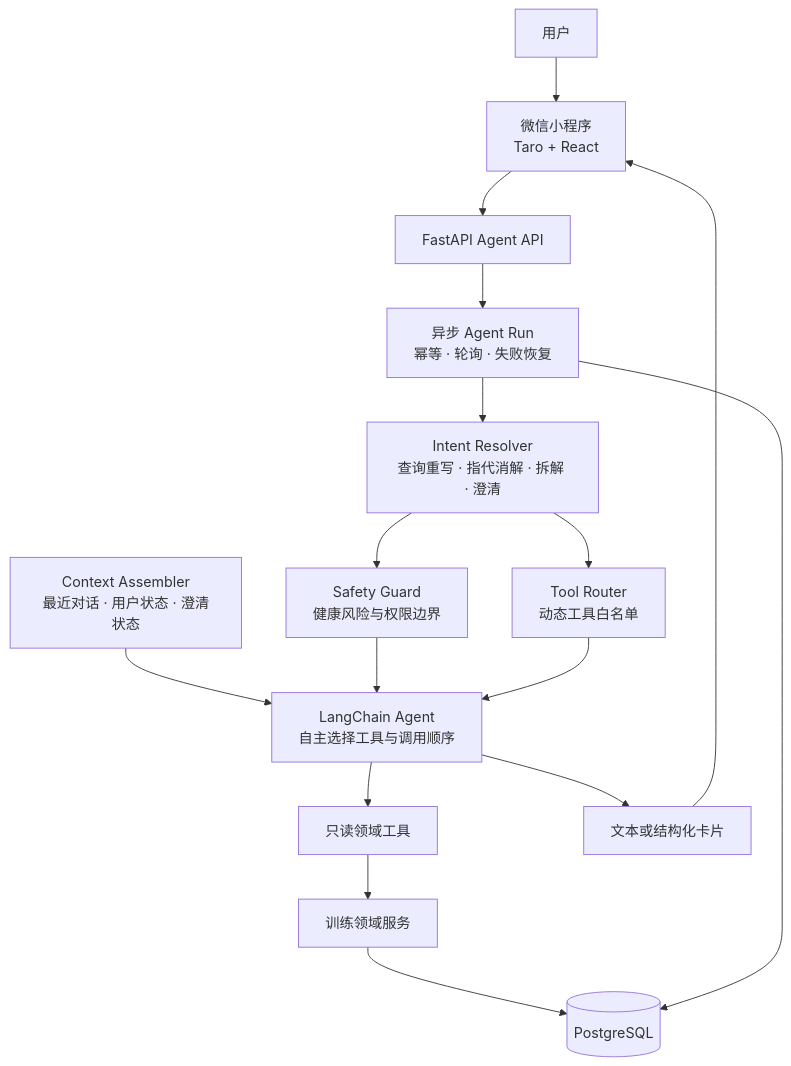
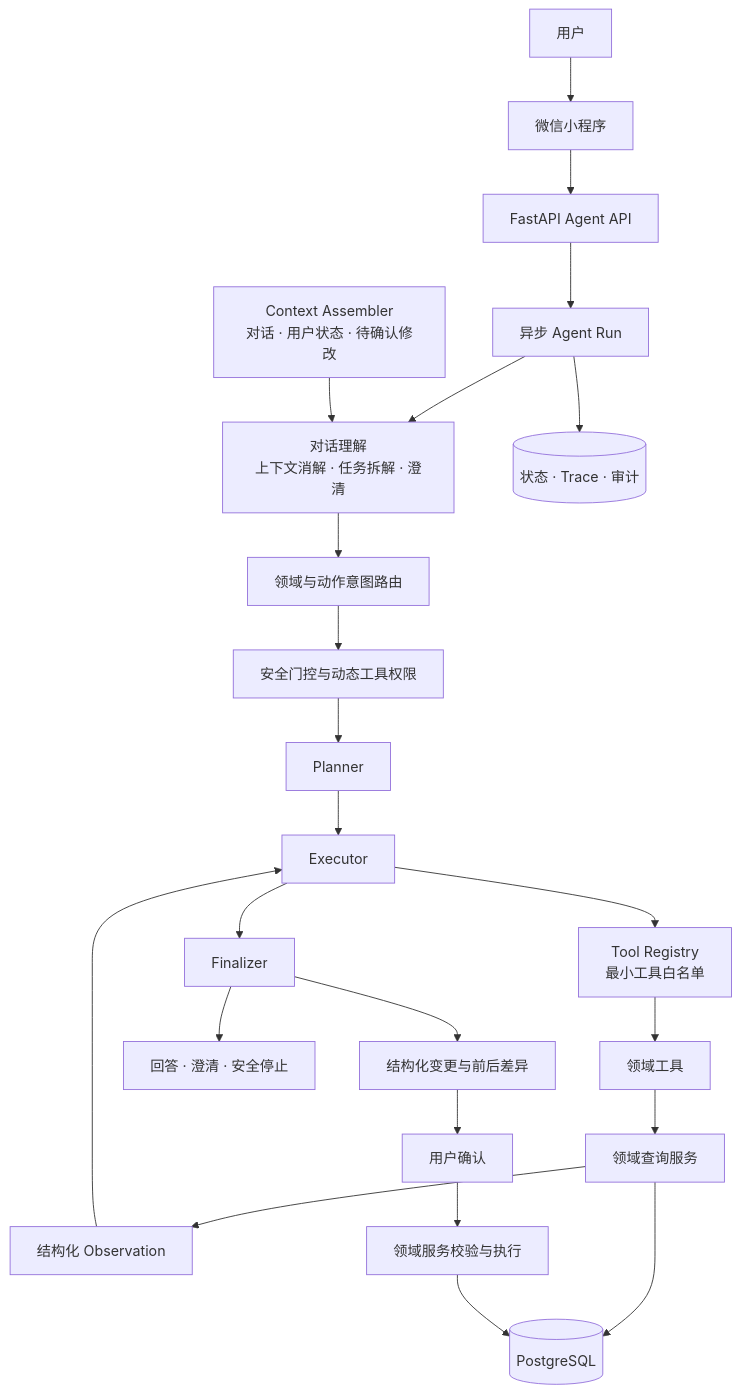
The diagram in README.md (ZeHleven/Fitness-Agent), drawn with Mermaid before and after one commit. The commit also changed other lines of this file, not shown here.

Commit message:
docs: refresh product and agent overview

````diff
--- a/README.md
+++ b/README.md
@@ -50,22 +114,29 @@
 ```mermaid
 flowchart TB
-    U[用户] --> MP[微信小程序<br/>Taro + React]
+    U[用户] --> MP[微信小程序]
     MP --> API[FastAPI Agent API]
-    API --> RUN[异步 Agent Run<br/>幂等 · 轮询 · 失败恢复]
+    API --> RUN[异步 Agent Run]
 
-    RUN --> IR[Intent Resolver<br/>查询重写 · 指代消解 · 拆解 · 澄清]
-    IR --> SAFE[Safety Guard<br/>健康风险与权限边界]
-    IR --> ROUTER[Tool Router<br/>动态工具白名单]
+    RUN --> UNDERSTAND[对话理解<br/>上下文消解 · 任务拆解 · 澄清]
+    CTX[Context Assembler<br/>对话 · 用户状态 · 待确认修改] --> UNDERSTAND
+    UNDERSTAND --> INTENT[领域与动作意图路由]
+    INTENT --> GUARD[安全门控与动态工具权限]
 
-    CTX[Context Assembler<br/>最近对话 · 用户状态 · 澄清状态] --> AGENT
-    SAFE --> AGENT[LangChain Agent<br/>自主选择工具与调用顺序]
-    ROUTER --> AGENT
+    GUARD --> PLANNER[Planner]
+    PLANNER --> EXECUTOR[Executor]
+    EXECUTOR --> REGISTRY[Tool Registry<br/>最小工具白名单]
+    REGISTRY --> TOOLS[领域工具]
+    TOOLS --> READ[领域查询服务]
+    READ --> DB[(PostgreSQL)]
+    READ --> OBS[结构化 Observation]
+    OBS --> EXECUTOR
 
-    AGENT --> TOOLS[只读领域工具]
-    TOOLS --> DOMAIN[训练领域服务]
-    DOMAIN --> DB[(PostgreSQL)]
-    RUN --> DB
+    EXECUTOR --> FINALIZER[Finalizer]
+    FINALIZER --> ANSWER[回答 · 澄清 · 安全停止]
+    FINALIZER --> CHANGE[结构化变更与前后差异]
+    CHANGE --> CONFIRM[用户确认]
+    CONFIRM --> WRITE[领域服务校验与执行]
+    WRITE --> DB
 
-    AGENT --> RESP[文本或结构化卡片]
-    RESP --> MP
+    RUN --> TRACE[(状态 · Trace · 审计)]
 ```
````
